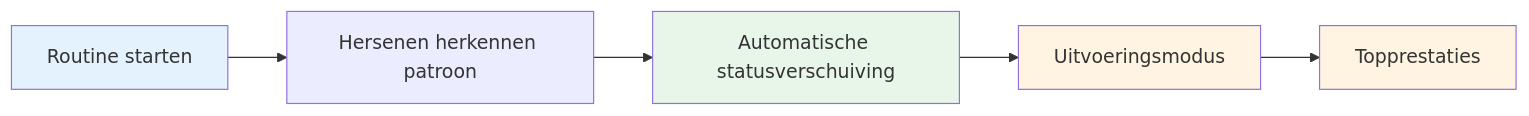
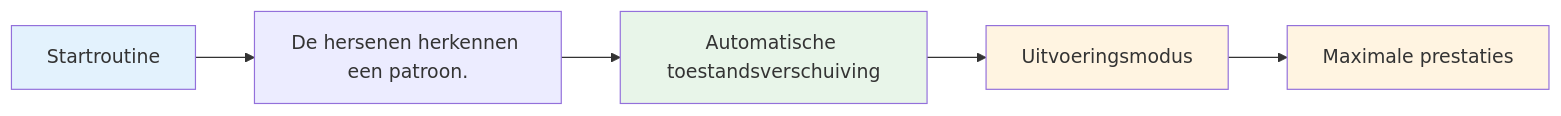
The diagram in docs/nl/education/mental-strength/pre-shot-routine.md (patwii/petanque-academy), drawn with Mermaid before and after one commit. The commit also changed other lines of this file and 532 other files, not shown here.

````diff
--- a/docs/nl/education/mental-strength/pre-shot-routine.md
+++ b/docs/nl/education/mental-strength/pre-shot-routine.md
@@ -11,12 +11,12 @@
 ```mermaid
 graph LR
-    A[Routine starten] --> B[Hersenen herkennen patroon]
-    B --> C[Automatische statusverschuiving]
+    A[Startroutine] --> B[De hersenen herkennen een patroon.]
+    B --> C[Automatische toestandsverschuiving]
     C --> D[Uitvoeringsmodus]
-    D --> E[Topprestaties]
+    D --> E[Maximale prestaties]
 
     style A fill:#e3f2fd
     style C fill:#e8f5e9
     style D fill:#fff4e1
     style E fill:#fff4e1
 ```
````
